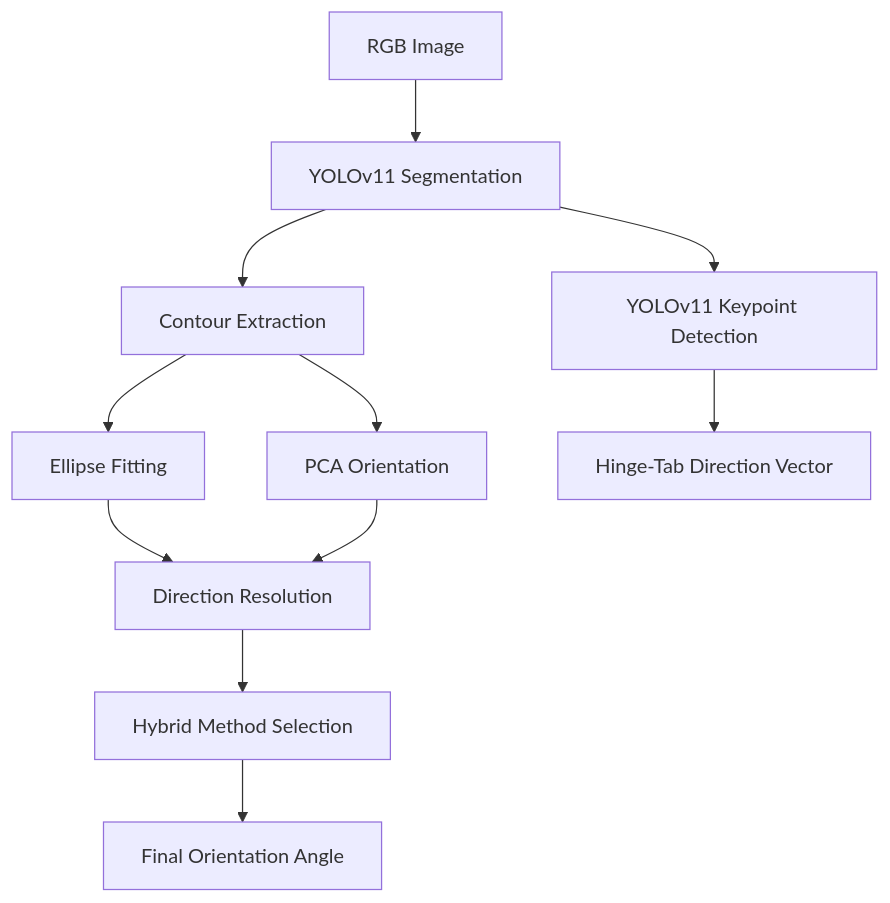
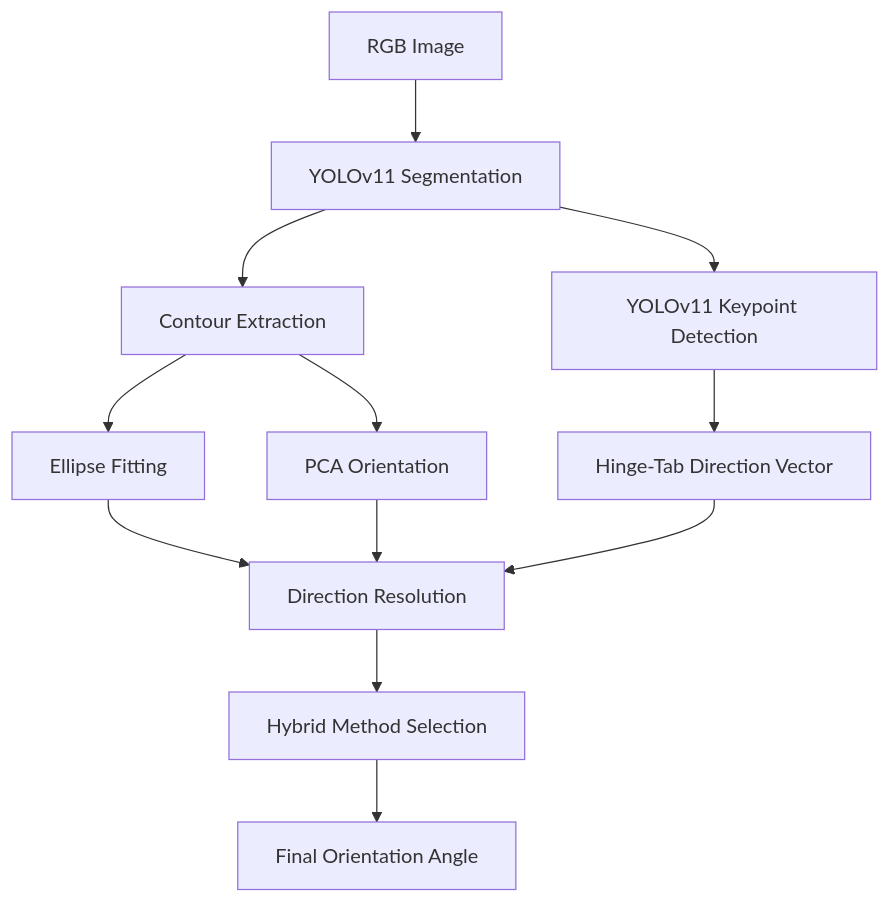
The diagram in README.md (jaywardhanraghu/23B0737---Jaywardhan-Raghu-Zeon-Assignment-1), drawn with Mermaid before and after one commit. The commit also changed other lines of this file, not shown here.

````diff
--- a/README.md
+++ b/README.md
@@ -62,22 +40,22 @@
 ```mermaid
 flowchart TD
 
 A[RGB Image]
 --> B[YOLOv11 Segmentation]
 
 B --> C[Contour Extraction]
+B --> D[YOLOv11 Keypoint Detection]
 
-C --> D[Ellipse Fitting]
-C --> E[PCA Orientation]
+C --> E[Ellipse Fitting]
+C --> F[PCA Orientation]
 
-B --> F[YOLOv11 Keypoint Detection]
+D --> G[Hinge-Tab Direction Vector]
 
-F --> G[Hinge-Tab Direction Vector]
-
-D --> H[Direction Resolution]
-E --> H
+E --> H[Direction Resolution]
+F --> H
+G --> H
 
 H --> I[Hybrid Method Selection]
 
 I --> J[Final Orientation Angle]
 ```
````
